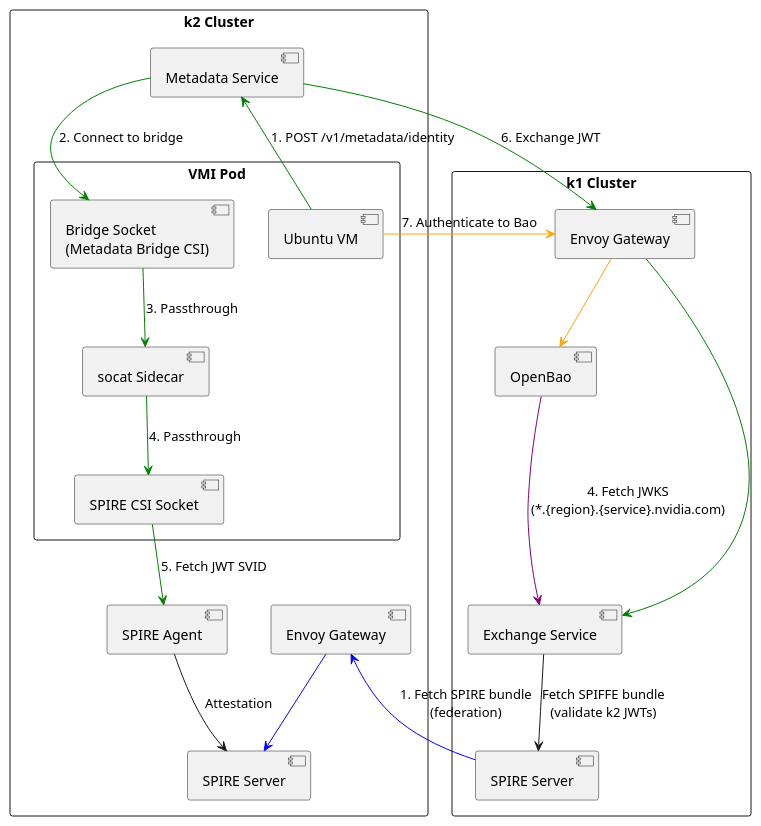
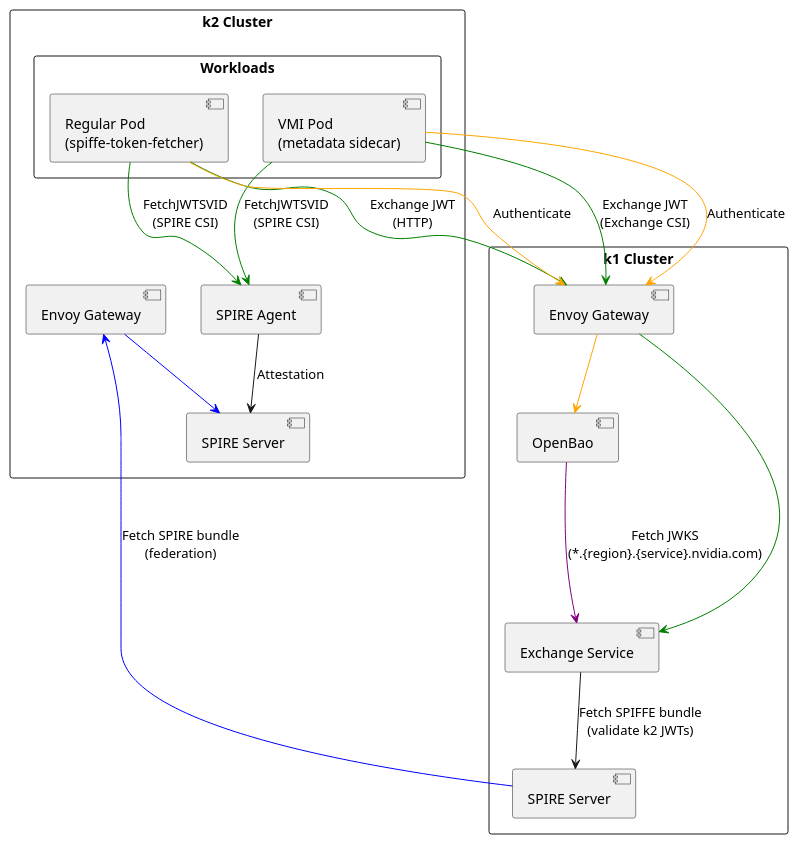
Before and after one commit to dsx-ai-factory/nvidia-workload-identity: the first of 4 diagrams in README.md, drawn with PlantUML. The commit also changed other lines of this file and 48 other files, not shown here.

````diff
--- a/README.md
+++ b/README.md
@@ -17,55 +17,52 @@
 ```plantuml
 @startuml Multi-Cluster Architecture
 
 skinparam packageStyle rectangle
 
 package "k1 Cluster" as K1 {
   [SPIRE Server] as SPIRE1
   [OpenBao] as Bao
   [Exchange Service] as Exchange
   [Envoy Gateway] as GW1
 }
 
 package "k2 Cluster" as K2 {
   [SPIRE Server] as SPIRE2
   [SPIRE Agent] as SpireAgent
   [Envoy Gateway] as GW2
   
-  package "VMI Pod" as VMIPod {
-    [Ubuntu VM] as VM
-    [socat Sidecar] as Socat
-    [SPIRE CSI Socket] as SpireCSI
-    [Bridge Socket\n(Metadata Bridge CSI)] as BridgeSocket
+  package "Workloads" as Workloads {
+    [Regular Pod\n(spiffe-token-fetcher)] as Pod
+    [VMI Pod\n(metadata sidecar)] as VMIPod
   }
-  
-  [Metadata Service] as Metadata
 }
 
 ' Federation: k1 SPIRE fetches k2's bundle
-SPIRE1 -[#blue]-> GW2 : 1. Fetch SPIRE bundle\n(federation)
+SPIRE1 -[#blue]-> GW2 : Fetch SPIRE bundle\n(federation)
 GW2 -[#blue]-> SPIRE2
 
-' VM to SPIFFE flow (get JWT)
-VM -[#green]-> Metadata : 1. POST /v1/metadata/identity
-Metadata -[#green]-> BridgeSocket : 2. Connect to bridge
-BridgeSocket -[#green]-> Socat : 3. Passthrough
-Socat -[#green]-> SpireCSI : 4. Passthrough
-SpireCSI -[#green]-> SpireAgent : 5. Fetch JWT SVID
-Metadata -[#green]-> GW1 : 6. Exchange JWT
+' Workloads to SPIRE Agent
+Pod -[#green]-> SpireAgent : FetchJWTSVID\n(SPIRE CSI)
+VMIPod -[#green]-> SpireAgent : FetchJWTSVID\n(SPIRE CSI)
+
+' Workloads to Exchange Service
+Pod -[#green]-> GW1 : Exchange JWT\n(HTTP)
+VMIPod -[#green]-> GW1 : Exchange JWT\n(Exchange CSI)
 GW1 -[#green]-> Exchange
 
-' VM to Bao flow (authenticate)
-VM -[#orange]-> GW1 : 7. Authenticate to Bao
+' Workloads to Bao
+Pod -[#orange]-> GW1 : Authenticate
+VMIPod -[#orange]-> GW1 : Authenticate
 GW1 -[#orange]-> Bao
 
 ' SPIRE Agent to Server
 SpireAgent --> SPIRE2 : Attestation
 
 ' OpenBao JWKS validation
-Bao -[#purple]--> Exchange : 4. Fetch JWKS\n(*.{region}.{service}.nvidia.com)
+Bao -[#purple]--> Exchange : Fetch JWKS\n(*.{region}.{service}.nvidia.com)
 
 ' Exchange validates incoming JWTs
 Exchange --> SPIRE1 : Fetch SPIFFE bundle\n(validate k2 JWTs)
 
 @enduml
 ```
````
